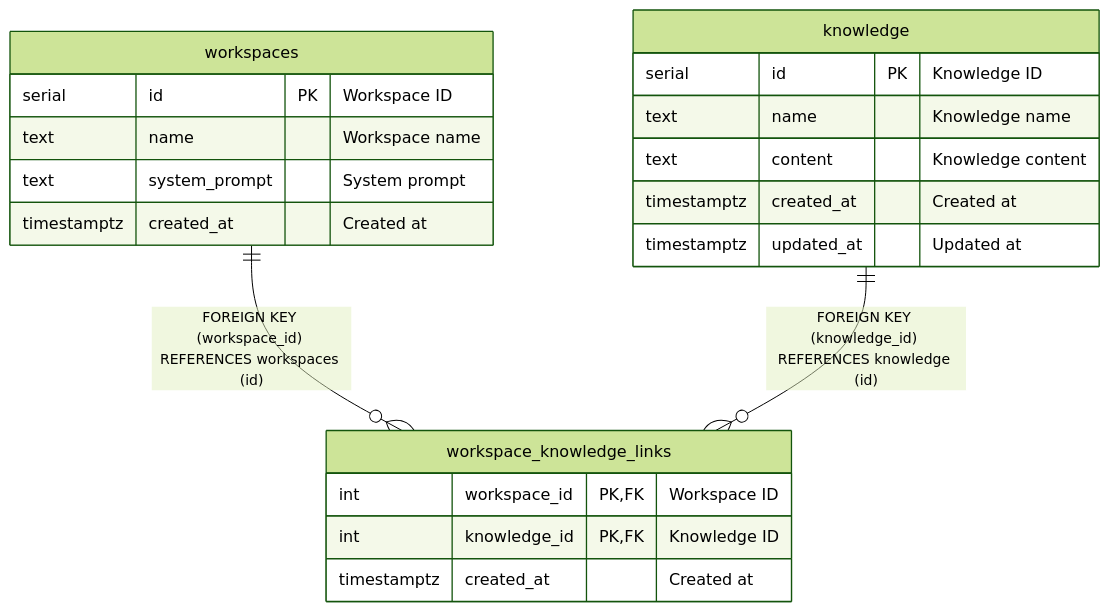
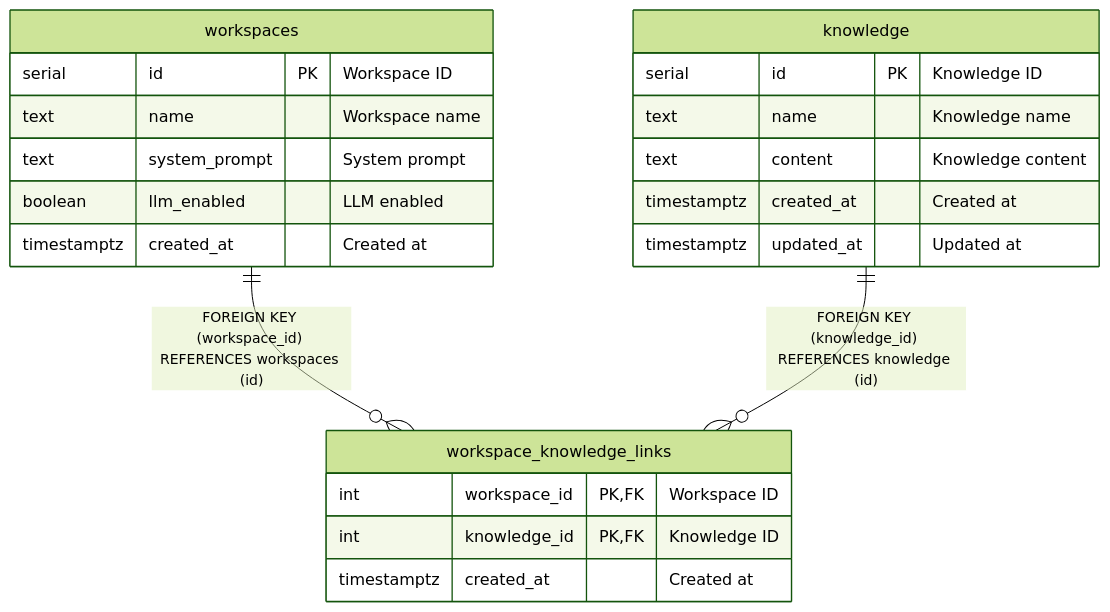
Before and after one commit to k-kanke/ai-workspace-platform: the diagram in docs/schema/workspace_knowledge_links.md, drawn with Mermaid (forest theme). The commit also changed 15 other files, not shown here.

````diff
--- a/docs/schema/workspace_knowledge_links.md
+++ b/docs/schema/workspace_knowledge_links.md
@@ -45,25 +45,26 @@
 ```mermaid
 erDiagram
 
 "workspaces" ||--o{ "workspace_knowledge_links" : "FOREIGN KEY (workspace_id) REFERENCES workspaces (id)"
 "knowledge" ||--o{ "workspace_knowledge_links" : "FOREIGN KEY (knowledge_id) REFERENCES knowledge (id)"
 
 "workspace_knowledge_links" {
   int workspace_id PK, FK "Workspace ID"
   int knowledge_id PK, FK "Knowledge ID"
   timestamptz created_at "Created at"
 }
 "workspaces" {
   serial id PK "Workspace ID"
   text name "Workspace name"
   text system_prompt "System prompt"
+  boolean llm_enabled "LLM enabled"
   timestamptz created_at "Created at"
 }
 "knowledge" {
   serial id PK "Knowledge ID"
   text name "Knowledge name"
   text content "Knowledge content"
   timestamptz created_at "Created at"
   timestamptz updated_at "Updated at"
 }
 ```
````
